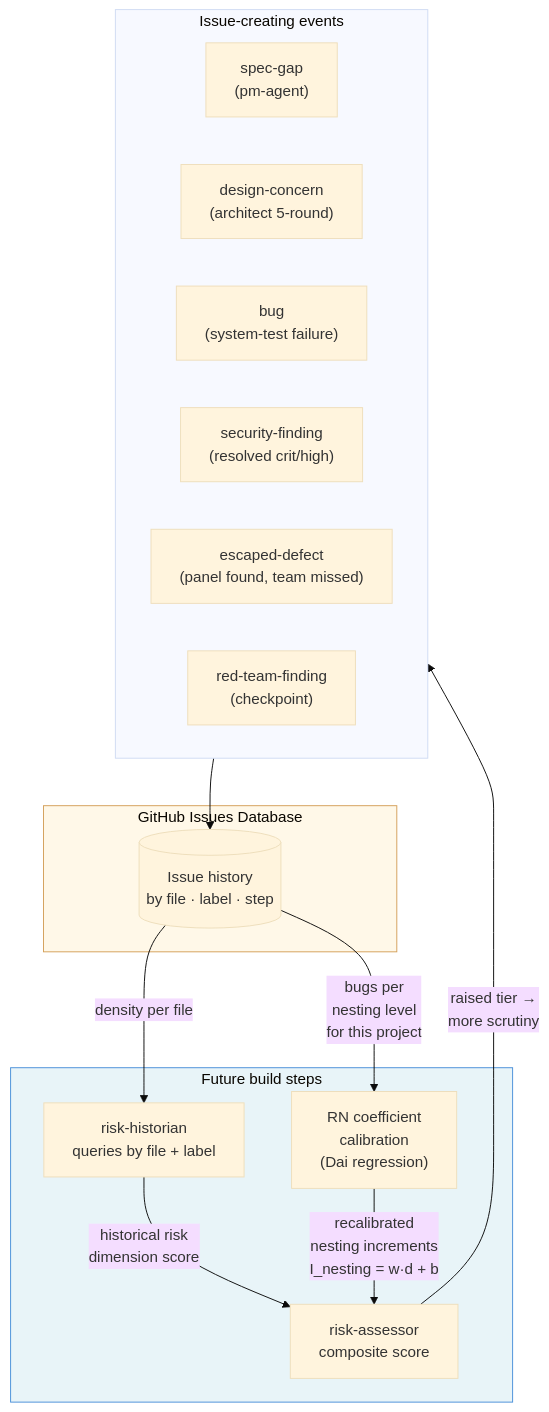
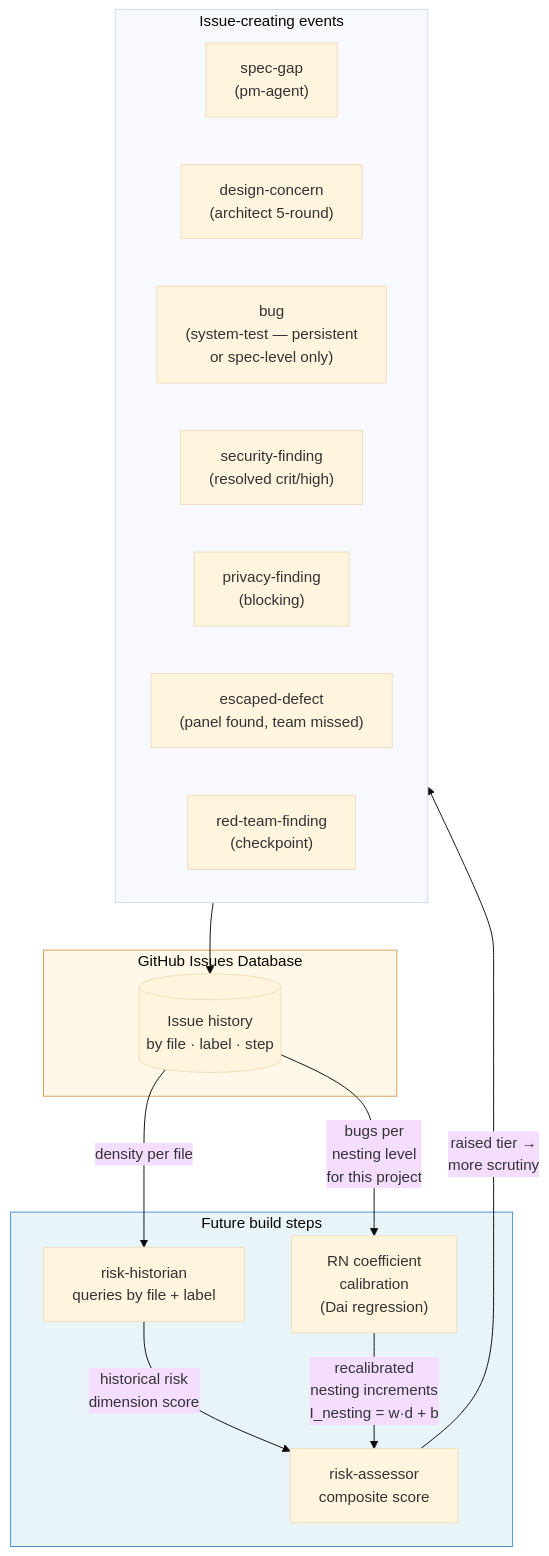
The sixth of 8 diagrams in ARCHITECTURE.md (thurlow-research/HumanOversightSystem), drawn with Mermaid (base theme) before and after one commit. The commit also changed other lines of this file and 4 other files, not shown here.

````diff
--- a/ARCHITECTURE.md
+++ b/ARCHITECTURE.md
@@ -311,32 +348,33 @@
 ```mermaid
 flowchart TD
     subgraph EVENTS["Issue-creating events"]
         E1["spec-gap\n(pm-agent)"]
         E2["design-concern\n(architect 5-round)"]
-        E3["bug\n(system-test failure)"]
+        E3["bug\n(system-test — persistent\nor spec-level only)"]
         E4["security-finding\n(resolved crit/high)"]
+        E4B["privacy-finding\n(blocking)"]
         E5["escaped-defect\n(panel found, team missed)"]
         E6["red-team-finding\n(checkpoint)"]
     end
 
     subgraph DB["GitHub Issues Database"]
         HIST[("Issue history\nby file · label · step")]
     end
 
     subgraph FUTURE["Future build steps"]
         RH["risk-historian\nqueries by file + label"]
         RA2["risk-assessor\ncomposite score"]
         CAL["RN coefficient\ncalibration\n(Dai regression)"]
     end
 
     EVENTS --> HIST
     HIST -->|"density per file"| RH
     RH -->|"historical risk\ndimension score"| RA2
     RA2 -->|"raised tier →\nmore scrutiny"| EVENTS
 
     HIST -->|"bugs per\nnesting level\nfor this project"| CAL
     CAL -->|"recalibrated\nnesting increments\nI_nesting = w·d + b"| RA2
 
     style DB fill:#fff8e8,stroke:#d4a05a
     style FUTURE fill:#e8f4f8,stroke:#4a90d9
 ```
````
